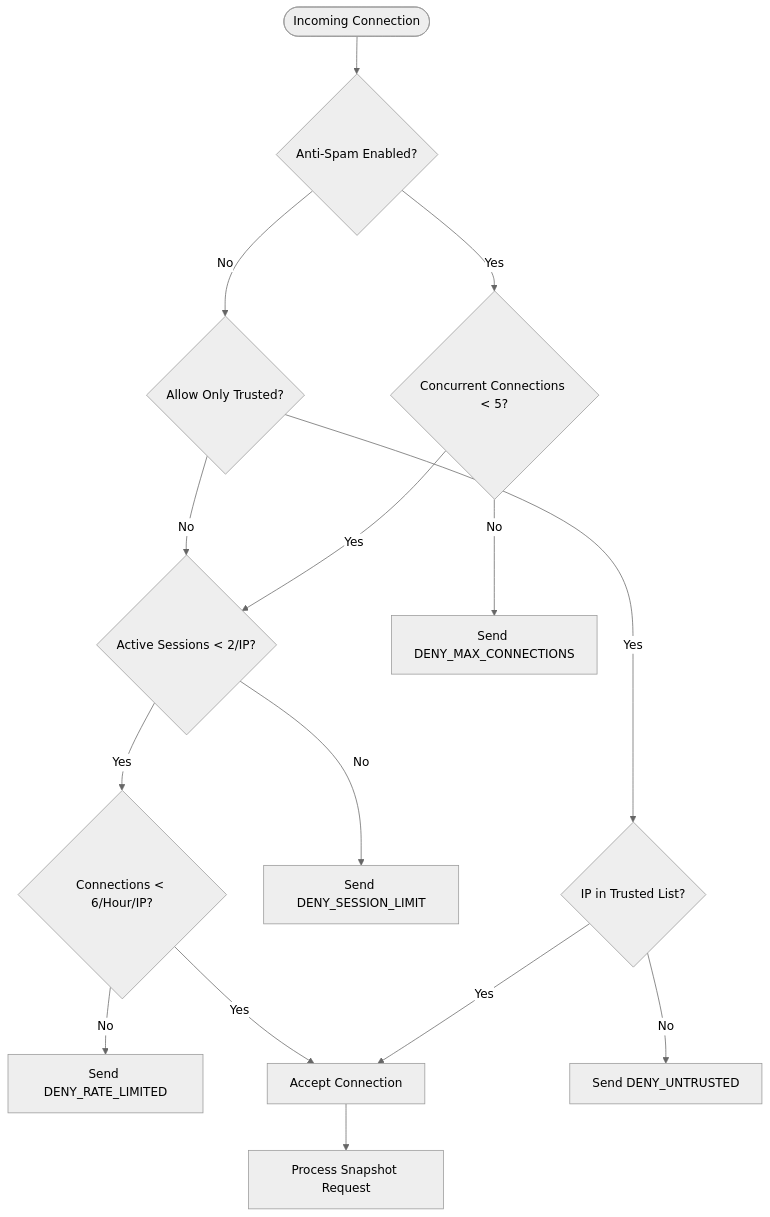
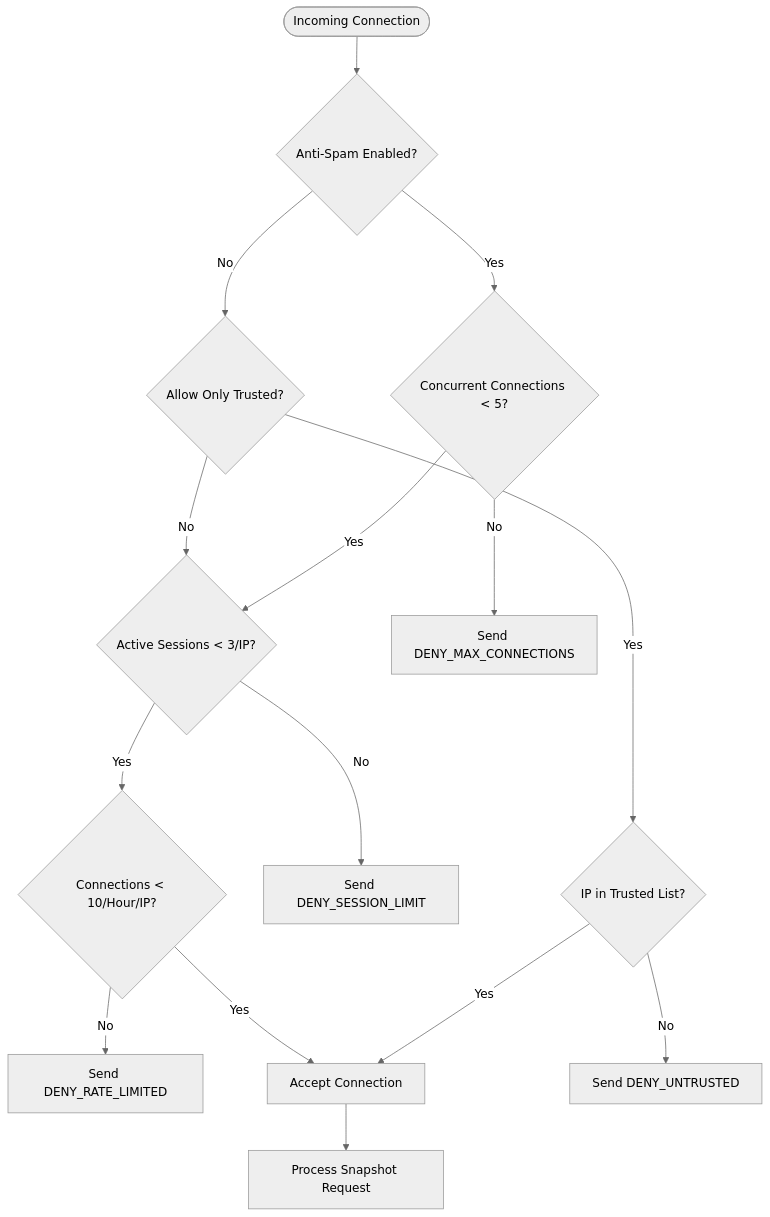
Before and after one commit to VIZ-Blockchain/viz-cpp-node: diagram 17 of 20 in .qoder/repowiki/en/content/Plugin System/Snapshot Plugin System.md, drawn with Mermaid (neutral theme). The commit also changed other lines of this file and 9 other files, not shown here.

````diff
--- a/.qoder/repowiki/en/content/Plugin System/Snapshot Plugin System.md
+++ b/.qoder/repowiki/en/content/Plugin System/Snapshot Plugin System.md
@@ -1001,17 +999,17 @@
 ```mermaid
 flowchart TD
 Start([Incoming Connection]) --> CheckAntiSpam{"Anti-Spam Enabled?"}
 CheckAntiSpam --> |No| CheckTrust{"Allow Only Trusted?"}
 CheckAntiSpam --> |Yes| CheckConcurrent{"Concurrent Connections < 5?"}
 CheckTrust --> |Yes| ValidateTrust{"IP in Trusted List?"}
-CheckTrust --> |No| CheckSession{"Active Sessions < 2/IP?"}
+CheckTrust --> |No| CheckSession{"Active Sessions < 3/IP?"}
 CheckConcurrent --> |No| DenyMaxConnections["Send DENY_MAX_CONNECTIONS"]
 CheckConcurrent --> |Yes| CheckSession
 CheckSession --> |No| DenySessionLimit["Send DENY_SESSION_LIMIT"]
-CheckSession --> |Yes| CheckRate{"Connections < 6/Hour/IP?"}
+CheckSession --> |Yes| CheckRate{"Connections < 10/Hour/IP?"}
 CheckRate --> |No| DenyRateLimited["Send DENY_RATE_LIMITED"]
 CheckRate --> |Yes| Accept["Accept Connection"]
 ValidateTrust --> |No| DenyUntrusted["Send DENY_UNTRUSTED"]
 ValidateTrust --> |Yes| Accept
 Accept --> Process["Process Snapshot Request"]
 ```
````
